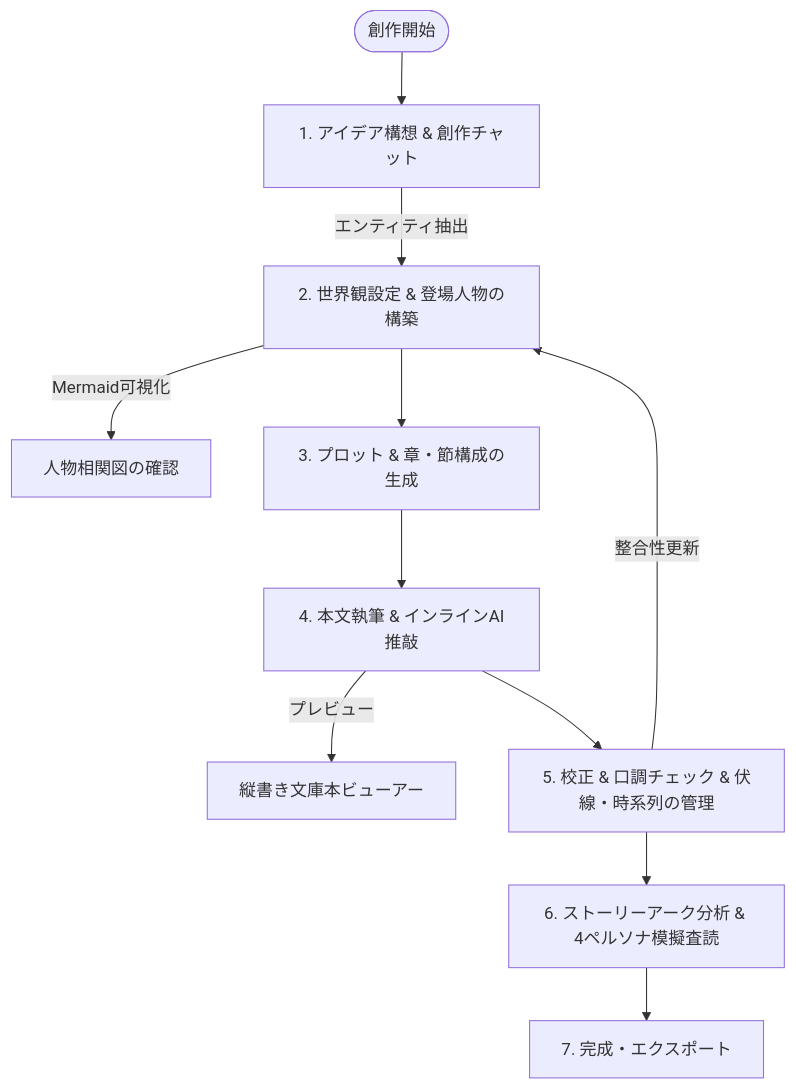
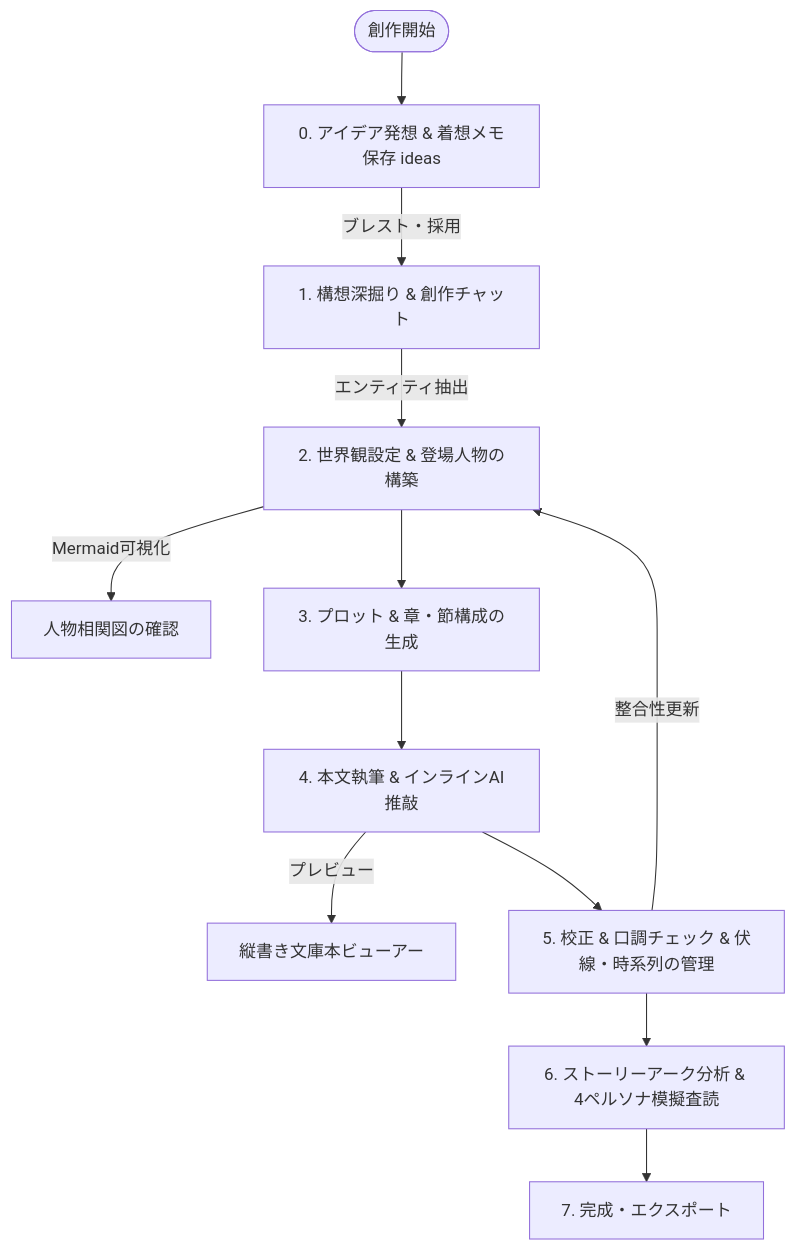
One commit to SoraKumo001/novel-creator changed the diagram in doc/features-and-workflows.md. Above: the diagram before and after it, drawn with Mermaid. The commit also changed other lines of this file and 6 other files, not shown here.

Commit message:
feat: update documentation to reflect new features and database schema changes; enhance prompts and workflows for idea management and content generation

````diff
--- a/doc/features-and-workflows.md
+++ b/doc/features-and-workflows.md
@@ -9,13 +9,14 @@
 ```mermaid
 flowchart TD
-    Start([創作開始]) --> Step1[1. アイデア構想 & 創作チャット]
+    Start([創作開始]) --> Step0[0. アイデア発想 & 着想メモ保存 ideas]
+    Step0 -->|ブレスト・採用| Step1[1. 構想深掘り & 創作チャット]
     Step1 -->|エンティティ抽出| Step2[2. 世界観設定 & 登場人物の構築]
     Step2 -->|Mermaid可視化| Step2_1[人物相関図の確認]
     Step2 --> Step3[3. プロット & 章・節構成の生成]
     Step3 --> Step4[4. 本文執筆 & インラインAI推敲]
     Step4 -->|プレビュー| Step4_1[縦書き文庫本ビューアー]
     Step4 --> Step5[5. 校正 & 口調チェック & 伏線・時系列の管理]
     Step5 -->|整合性更新| Step2
     Step5 --> Step6[6. ストーリーアーク分析 & 4ペルソナ模擬査読]
     Step6 --> Step7[7. 完成・エクスポート]
 ```
````
